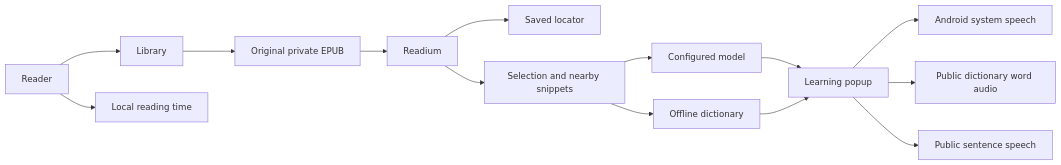
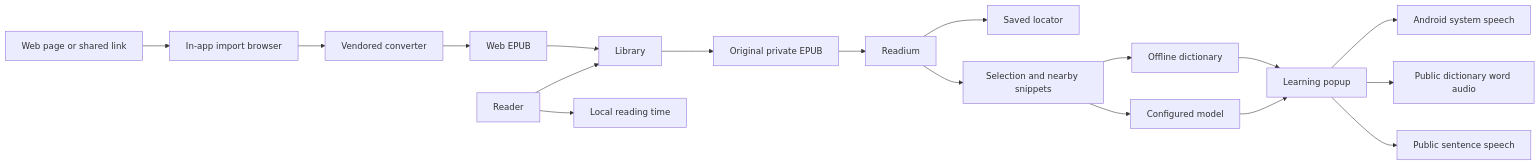
The diagram in agent-doc/essential/ARCHITECTURE.md (Wake-C/peekturn), drawn with Mermaid before and after one commit. The commit also changed other lines of this file and 25 other files, not shown here.

First line of the commit message:
feat(import): convert a shared link or URL into an EPUB in the app

````diff
--- a/agent-doc/essential/ARCHITECTURE.md
+++ b/agent-doc/essential/ARCHITECTURE.md
@@ -7,16 +7,20 @@
 ```mermaid
 flowchart LR
     Reader --> Library
+    WebPage[Web page or shared link] --> ImportBrowser[In-app import browser]
+    ImportBrowser --> Converter[Vendored converter]
+    Converter --> WebEPUB[Web EPUB]
+    WebEPUB --> Library
     Library --> EPUB[Original private EPUB]
     EPUB --> Readium
     Readium --> Location[Saved locator]
     Readium --> Selection[Selection and nearby snippets]
     Selection --> AI[Configured model]
     Selection --> Dictionary[Offline dictionary]
     AI --> Popup[Learning popup]
     Dictionary --> Popup
     Popup --> TTS[Android system speech]
     Popup --> WordAudio[Public dictionary word audio]
     Popup --> SentenceAudio[Public sentence speech]
     Reader --> Time[Local reading time]
 ```
````
